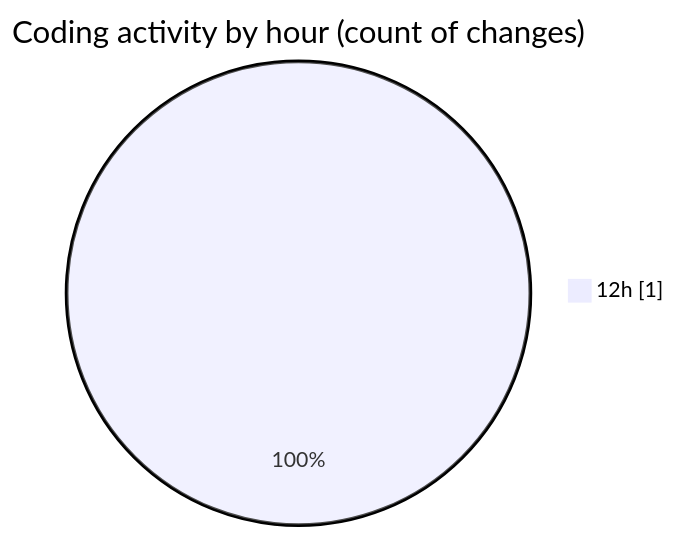
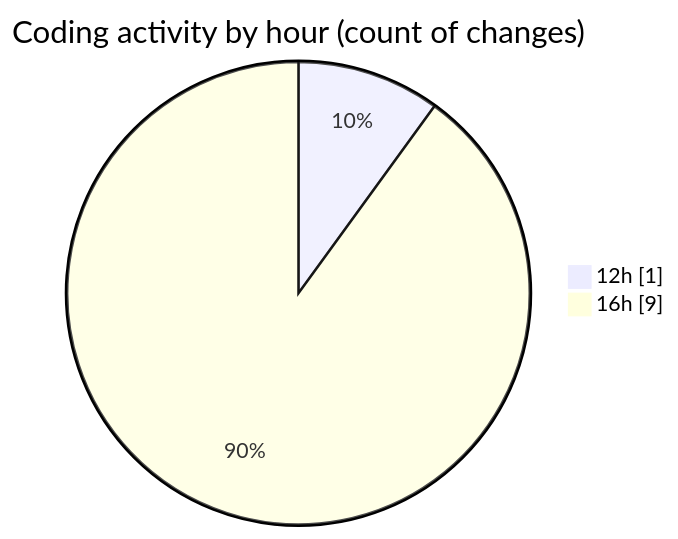
Before and after one commit to Elitesun/code-tracking: the second of 2 diagrams in 2025-02-22/elitegpt/README.md, drawn with Mermaid. The commit also changed other lines of this file and 1 other file, not shown here.

````diff
--- a/2025-02-22/elitegpt/README.md
+++ b/2025-02-22/elitegpt/README.md
@@ -28,5 +30,6 @@
 ```mermaid
 pie showData
 title Coding activity by hour (count of changes)
 "12h" : 1
+"16h" : 9
 ```
````
